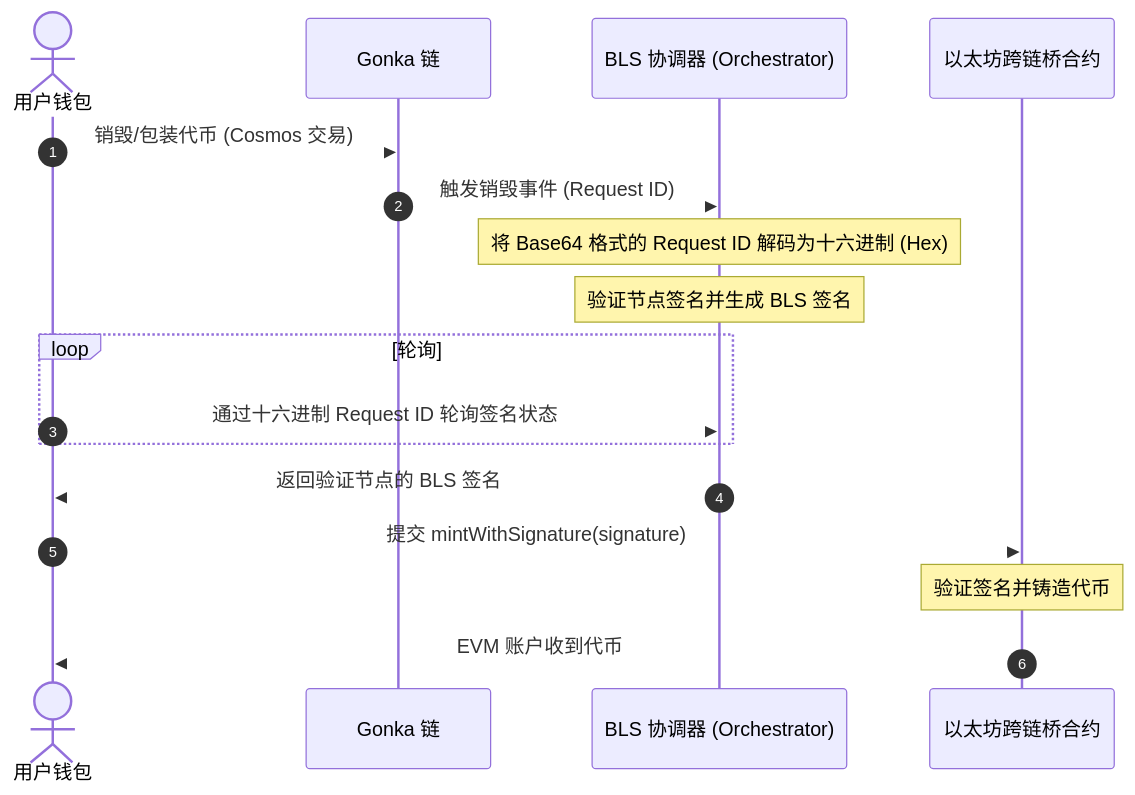
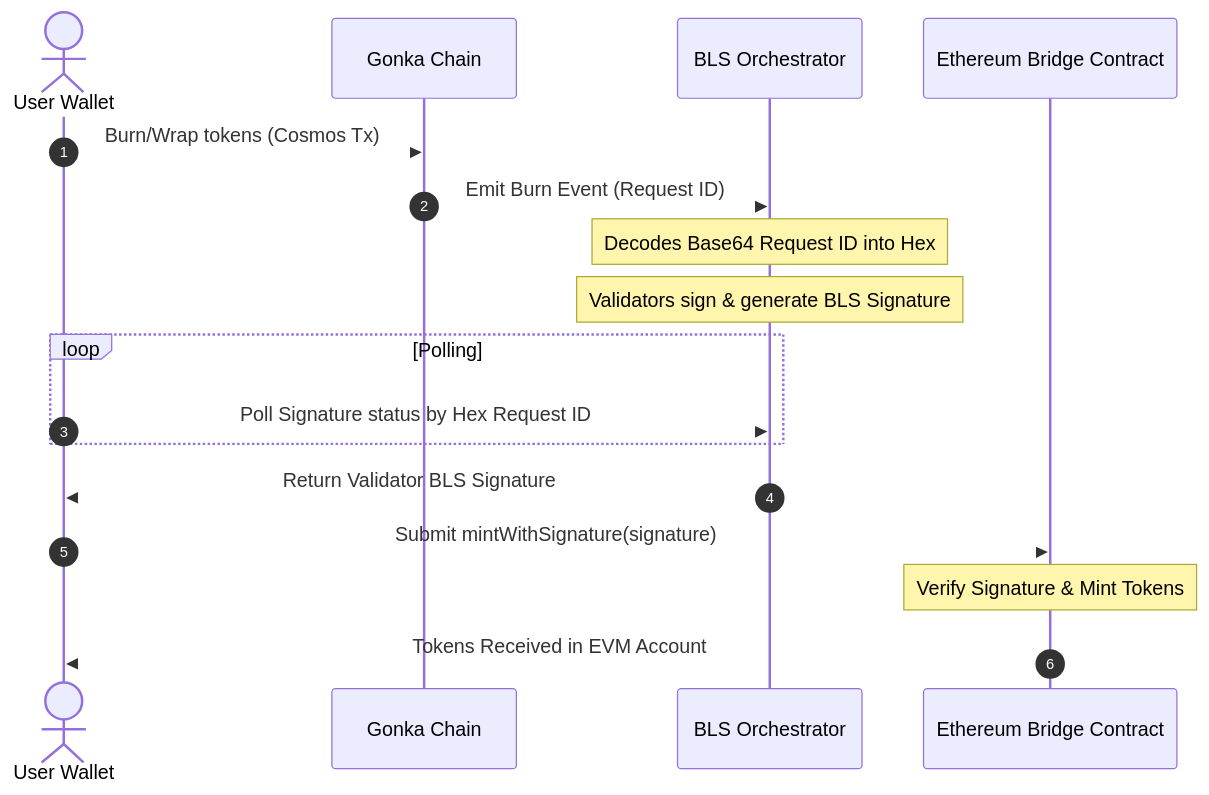
Before and after one commit to gonka-ai/gonka-docs: the second of 2 diagrams in docs/zh/cross-chain-transfers/widget-integration.md, drawn with Mermaid. The commit also changed other lines of this file and 63 other files, not shown here.

````diff
--- a/docs/zh/cross-chain-transfers/widget-integration.md
+++ b/docs/zh/cross-chain-transfers/widget-integration.md
@@ -34,23 +34,23 @@
 ```mermaid
 %%{init: { 'themeVariables': { 'signalColor': 'var(--md-default-fg-color)', 'signalTextColor': 'var(--md-default-fg-color)' } } }%%
 sequenceDiagram
     autonumber
-    actor User as 用户钱包
-    participant Gonka as Gonka 链
-    participant Orch as BLS 协调器 (Orchestrator)
-    participant EthBridge as 以太坊跨链桥合约
+    actor User as User Wallet
+    participant Gonka as Gonka Chain
+    participant Orch as BLS Orchestrator
+    participant EthBridge as Ethereum Bridge Contract
 
-    User->>Gonka: 销毁/包装代币 (Cosmos 交易)
-    Gonka-->>Orch: 触发销毁事件 (Request ID)
-    Note over Orch: 将 Base64 格式的 Request ID 解码为十六进制 (Hex)
-    Note over Orch: 验证节点签名并生成 BLS 签名
+    User->>Gonka: Burn/Wrap tokens (Cosmos Tx)
+    Gonka-->>Orch: Emit Burn Event (Request ID)
+    Note over Orch: Decodes Base64 Request ID into Hex
+    Note over Orch: Validators sign & generate BLS Signature
     
-    loop 轮询
-        User->>Orch: 通过十六进制 Request ID 轮询签名状态
+    loop Polling
+        User->>Orch: Poll Signature status by Hex Request ID
     end
-    Orch-->>User: 返回验证节点的 BLS 签名
+    Orch-->>User: Return Validator BLS Signature
     
-    User->>EthBridge: 提交 mintWithSignature(signature)
-    Note over EthBridge: 验证签名并铸造代币
-    EthBridge-->>User: EVM 账户收到代币
+    User->>EthBridge: Submit mintWithSignature(signature)
+    Note over EthBridge: Verify Signature & Mint Tokens
+    EthBridge-->>User: Tokens Received in EVM Account
 ```
````
